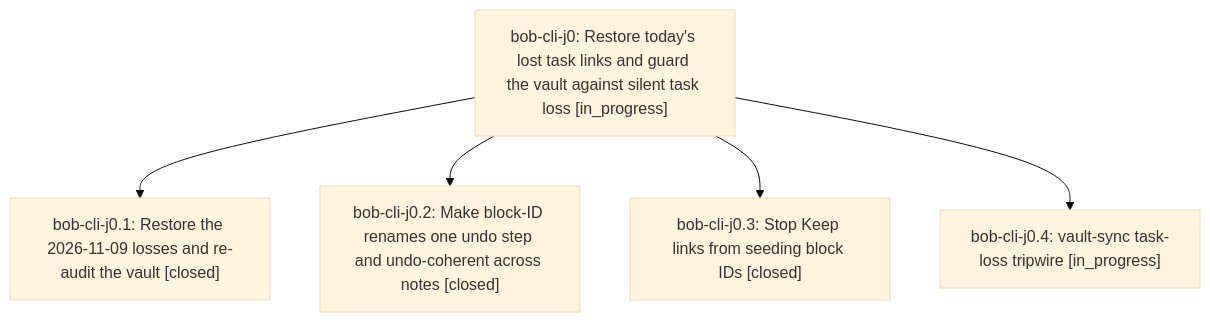
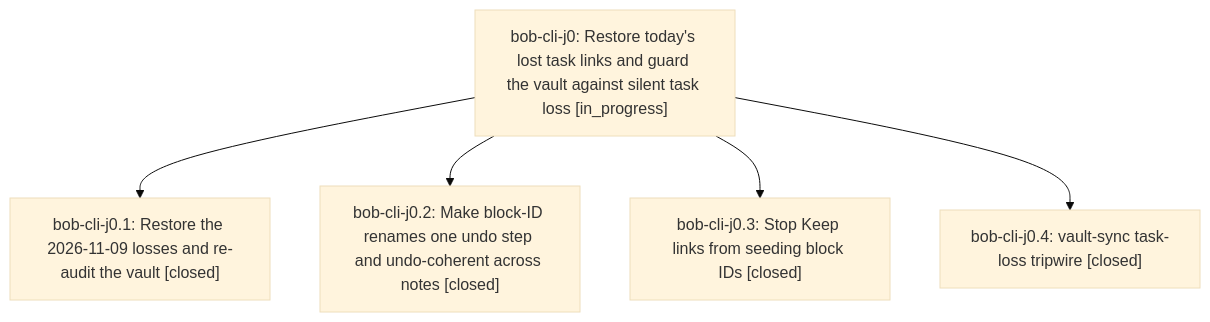
One commit to bobs-org/bob-cli--beads changed the diagram in pages/bob-cli-j0/README.md. Above: the diagram before and after it, drawn with Mermaid (base theme). The commit also changed other lines of this file and 3 other files, not shown here.

First line of the commit message:
chore(beads): sync bead state and pages for bob-cli-j0

````diff
--- a/pages/bob-cli-j0/README.md
+++ b/pages/bob-cli-j0/README.md
@@ -37,12 +37,12 @@
 ```mermaid
 flowchart TD
     n0["bob-cli-j0: Restore today's lost task links and guard the vault against silent task loss [in_progress]"]
     n1["bob-cli-j0.1: Restore the 2026-11-09 losses and re-audit the vault [closed]"]
     n2["bob-cli-j0.2: Make block-ID renames one undo step and undo-coherent across notes [closed]"]
     n3["bob-cli-j0.3: Stop Keep links from seeding block IDs [closed]"]
-    n4["bob-cli-j0.4: vault-sync task-loss tripwire [in_progress]"]
+    n4["bob-cli-j0.4: vault-sync task-loss tripwire [closed]"]
     n0 --> n1
     n0 --> n2
     n0 --> n3
     n0 --> n4
 ```
````
